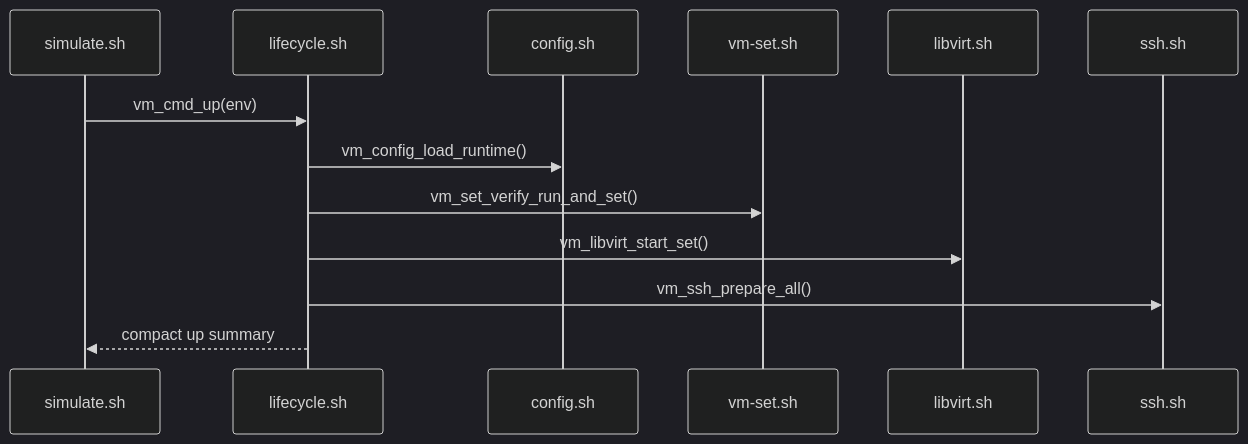
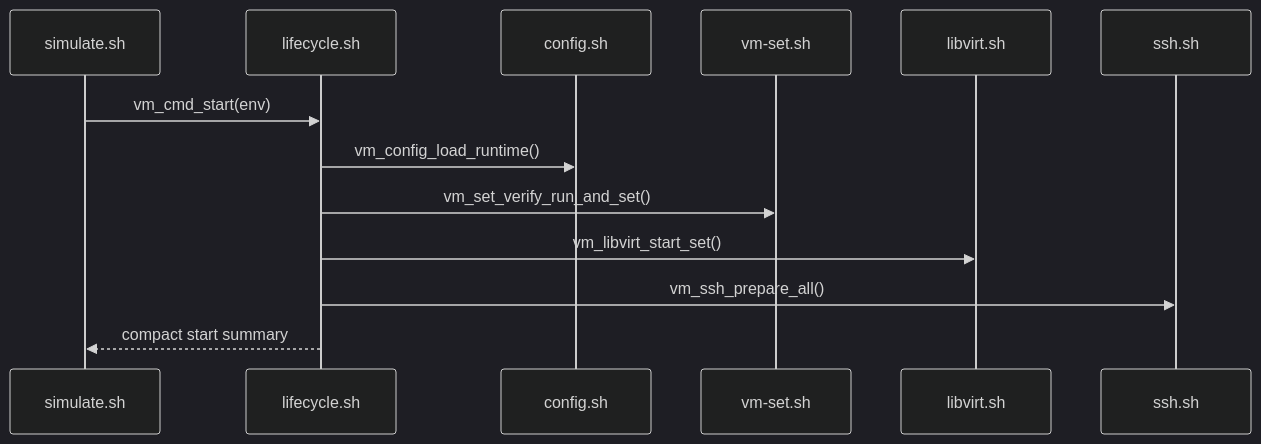
The fourth of 20 diagrams in simulation/vm/docs/sequences.md (NoNine/loopforge), drawn with Mermaid (dark theme) before and after one commit. The commit also changed other lines of this file and 26 other files, not shown here.

````diff
--- a/simulation/vm/docs/sequences.md
+++ b/simulation/vm/docs/sequences.md
@@ -80,16 +80,16 @@
 ```mermaid
 sequenceDiagram
   participant CLI as simulate.sh
   participant LC as lifecycle.sh
   participant CFG as config.sh
   participant SET as vm-set.sh
   participant LV as libvirt.sh
   participant SSH as ssh.sh
 
-  CLI->>LC: vm_cmd_up(env)
+  CLI->>LC: vm_cmd_start(env)
   LC->>CFG: vm_config_load_runtime()
   LC->>SET: vm_set_verify_run_and_set()
   LC->>LV: vm_libvirt_start_set()
   LC->>SSH: vm_ssh_prepare_all()
-  LC-->>CLI: compact up summary
+  LC-->>CLI: compact start summary
 ```
````
